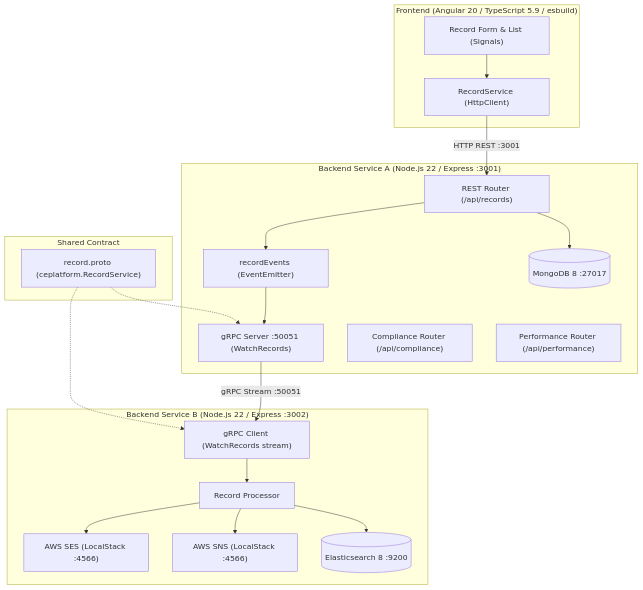
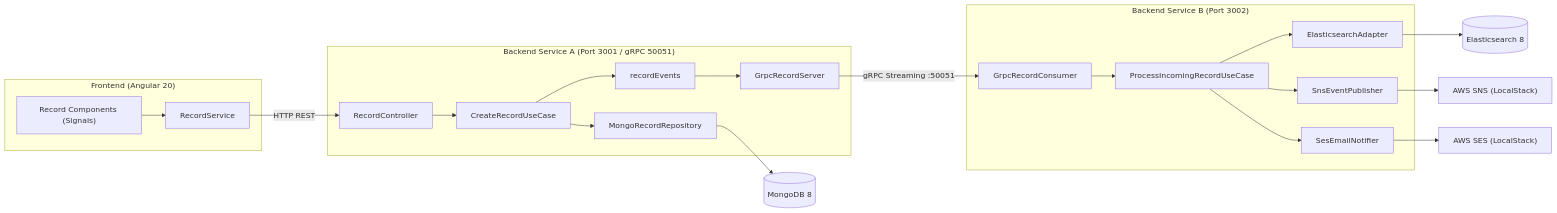
The second of 2 diagrams in README.md (Benny-Testable/Demo_Stack-), drawn with Mermaid before and after one commit. The commit also changed other lines of this file and 59 other files, not shown here.

Commit message:
refactor(backend): restructure backend services into Enterprise Clean Architecture / DDD layers

````diff
--- a/README.md
+++ b/README.md
@@ -23,30 +64,27 @@
 ```mermaid
-flowchart TD
-    subgraph Frontend["Frontend (Angular 20 / TypeScript 5.9 / esbuild)"]
-        UI["Record Form & List (Signals)"] --> HTTP["RecordService (HttpClient)"]
+flowchart LR
+    subgraph UI["Frontend (Angular 20)"]
+        Ng["Record Components (Signals)"] --> Http["RecordService"]
     end
 
-    subgraph ServiceA["Backend Service A (Node.js 22 / Express :3001)"]
-        REST_A["REST Router (/api/records)"] --> Mongo[("MongoDB 8 :27017")]
-        REST_A --> Emitter["recordEvents (EventEmitter)"]
-        Emitter --> GrpcServer["gRPC Server :50051 (WatchRecords)"]
-        ComplianceRoutes["Compliance Router (/api/compliance)"]
-        PerfRoutes["Performance Router (/api/performance)"]
+    subgraph SvcA["Backend Service A (Port 3001 / gRPC 50051)"]
+        CtrlA["RecordController"] --> UCaseA["CreateRecordUseCase"]
+        UCaseA --> MongoRepo["MongoRecordRepository"]
+        UCaseA --> Evt["recordEvents"]
+        Evt --> GrpcSrv["GrpcRecordServer"]
     end
 
-    subgraph Proto["Shared Contract"]
-        PBuf["record.proto (ceplatform.RecordService)"]
+    subgraph SvcB["Backend Service B (Port 3002)"]
+        GrpcCli["GrpcRecordConsumer"] --> UCaseB["ProcessIncomingRecordUseCase"]
+        UCaseB --> ESAdapter["ElasticsearchAdapter"]
+        UCaseB --> SNSAdapter["SnsEventPublisher"]
+        UCaseB --> SESAdapter["SesEmailNotifier"]
     end
 
-    subgraph ServiceB["Backend Service B (Node.js 22 / Express :3002)"]
-        GrpcClient["gRPC Client (WatchRecords stream)"] --> Processor["Record Processor"]
-        Processor --> ES[("Elasticsearch 8 :9200")]
-        Processor --> SNS["AWS SNS (LocalStack :4566)"]
-        Processor --> SES["AWS SES (LocalStack :4566)"]
-    end
-
-    HTTP -- "HTTP REST :3001" --> REST_A
-    PBuf -.-> GrpcServer
-    PBuf -.-> GrpcClient
-    GrpcServer -- "gRPC Stream :50051" --> GrpcClient
+    Http -- "HTTP REST" --> CtrlA
+    MongoRepo --> MDB[("MongoDB 8")]
+    GrpcSrv -- "gRPC Streaming :50051" --> GrpcCli
+    ESAdapter --> ES[("Elasticsearch 8")]
+    SNSAdapter --> AWS1["AWS SNS (LocalStack)"]
+    SESAdapter --> AWS2["AWS SES (LocalStack)"]
 ```
````
